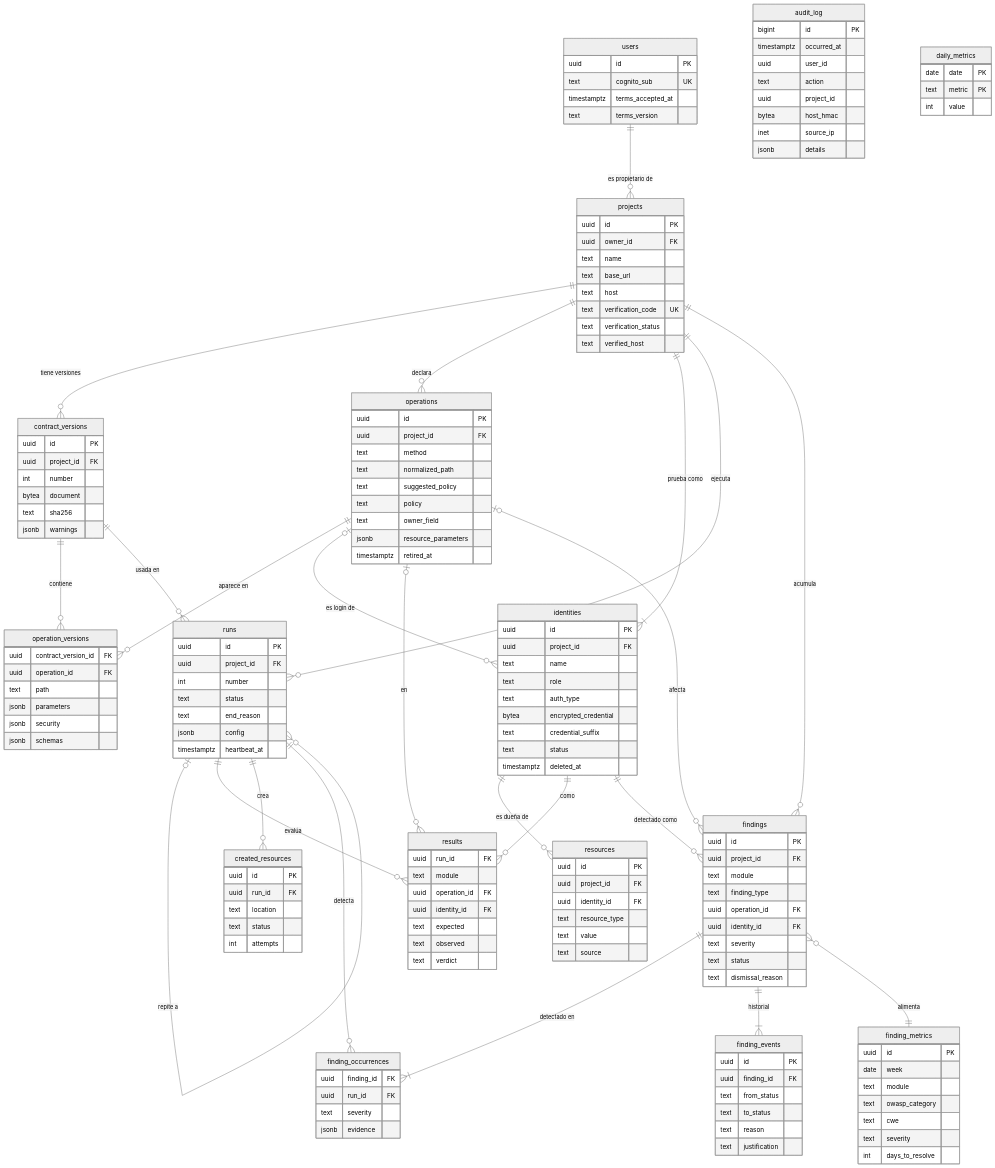
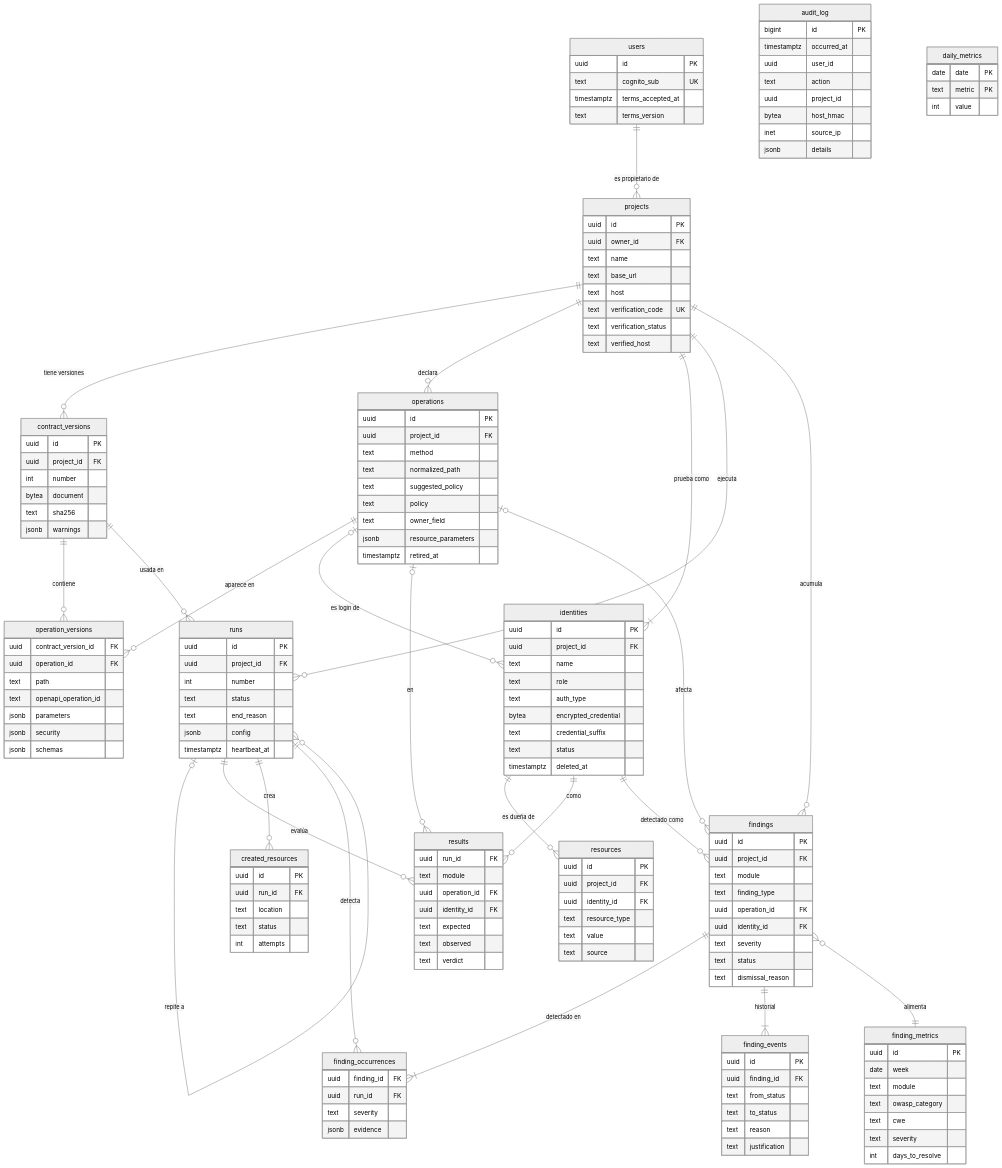
The first of 4 diagrams in 02-datos/modelo.md (The-Tito/hindama-docs), drawn with Mermaid (neutral theme) before and after one commit. The commit also changed other lines of this file and 2 other files, not shown here.

```diff
--- a/02-datos/modelo.md
+++ b/02-datos/modelo.md
@@ -96,6 +96,7 @@
         uuid contract_version_id FK
         uuid operation_id FK
         text path
+        text openapi_operation_id
         jsonb parameters
         jsonb security
         jsonb schemas
```
